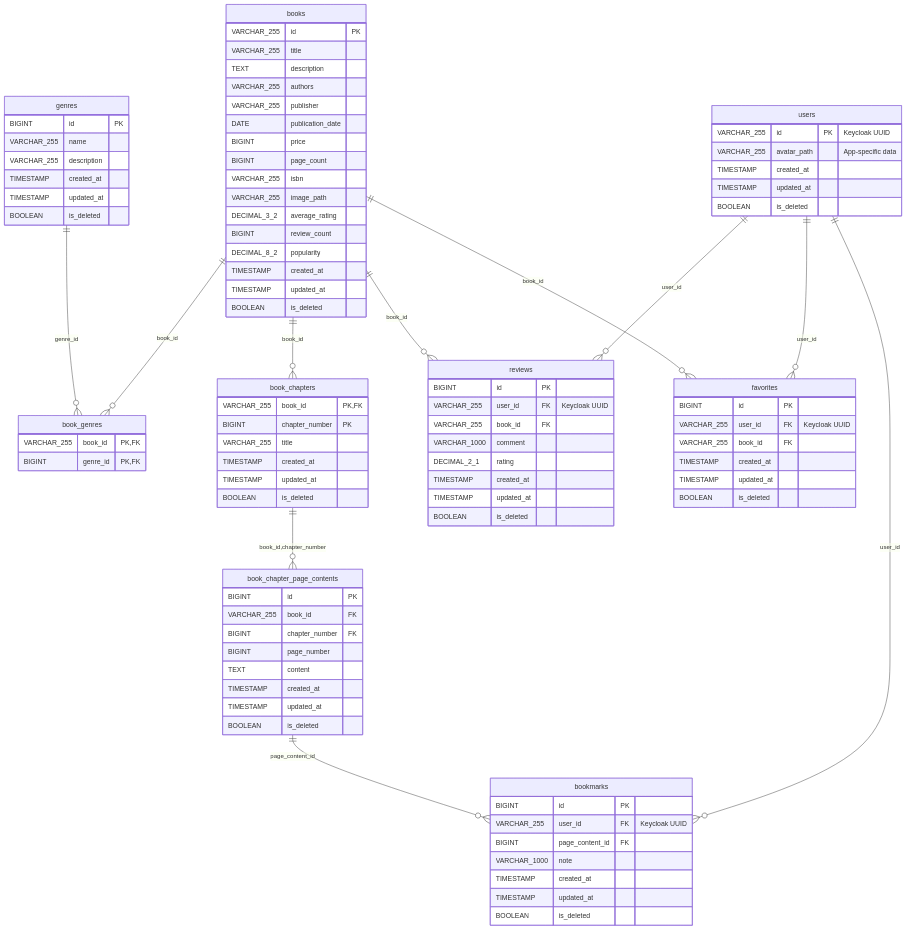
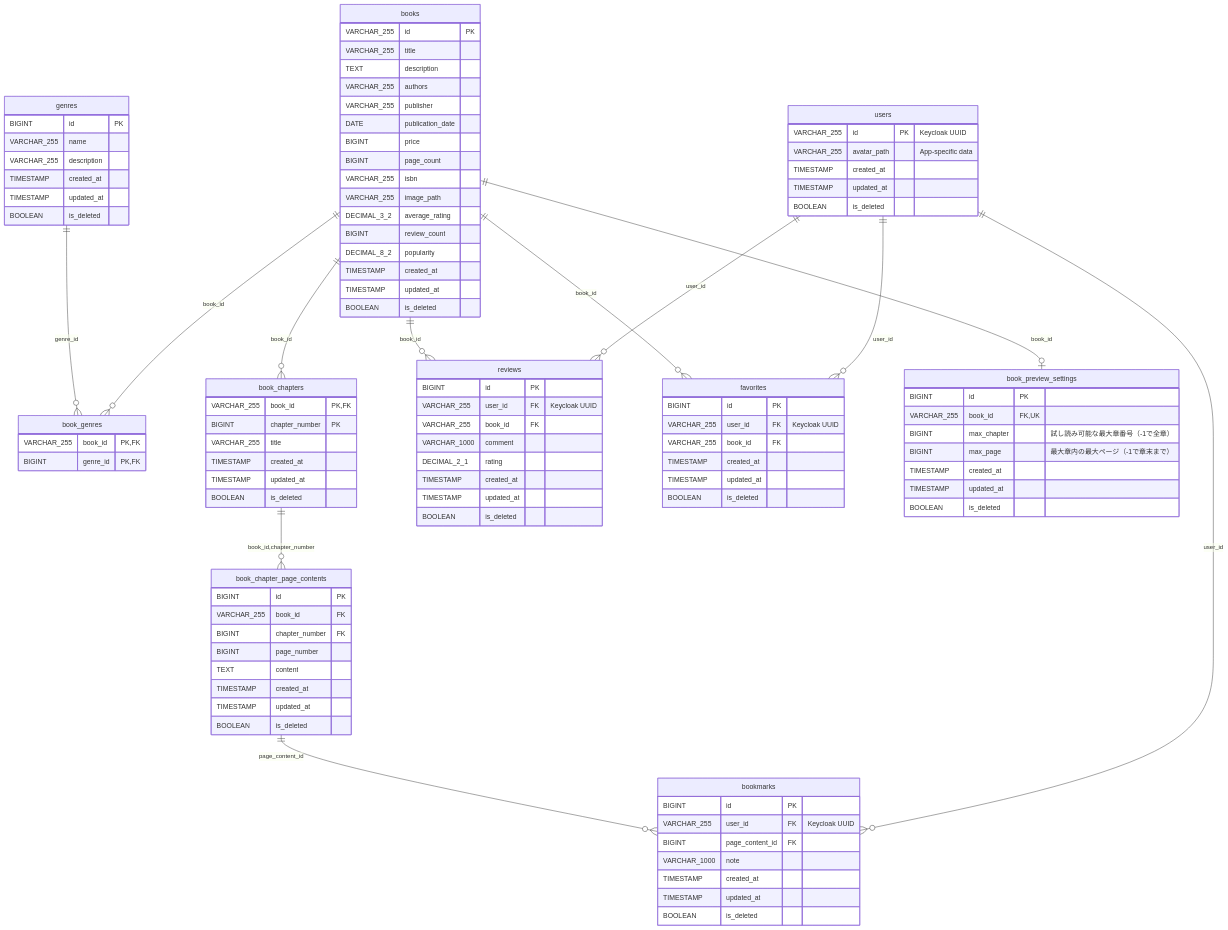
One commit to Ndia-R/vsv-emerald changed the diagram in db/ER図.mmd. Above: the diagram before and after it, drawn with Mermaid. The commit also changed 1 other file, not shown here.

```diff
--- a/db/ER図.mmd
+++ b/db/ER図.mmd
@@ -1,107 +1,120 @@
 erDiagram
     users {
         VARCHAR_255 id PK "Keycloak UUID"
         VARCHAR_255 avatar_path "App-specific data"
         TIMESTAMP created_at
         TIMESTAMP updated_at
         BOOLEAN is_deleted
     }
 
     books {
         VARCHAR_255 id PK
         VARCHAR_255 title
         TEXT description
         VARCHAR_255 authors
         VARCHAR_255 publisher
         DATE publication_date
         BIGINT price
         BIGINT page_count
         VARCHAR_255 isbn
         VARCHAR_255 image_path
         DECIMAL_3_2 average_rating
         BIGINT review_count
         DECIMAL_8_2 popularity
         TIMESTAMP created_at
         TIMESTAMP updated_at
         BOOLEAN is_deleted
     }
 
     genres {
         BIGINT id PK
         VARCHAR_255 name
         VARCHAR_255 description
         TIMESTAMP created_at
         TIMESTAMP updated_at
         BOOLEAN is_deleted
     }
 
     book_genres {
         VARCHAR_255 book_id PK,FK
         BIGINT genre_id PK,FK
     }
 
     book_chapters {
         VARCHAR_255 book_id PK,FK
         BIGINT chapter_number PK
         VARCHAR_255 title
         TIMESTAMP created_at
         TIMESTAMP updated_at
         BOOLEAN is_deleted
     }
 
     book_chapter_page_contents {
         BIGINT id PK
         VARCHAR_255 book_id FK
         BIGINT chapter_number FK
         BIGINT page_number
         TEXT content
         TIMESTAMP created_at
         TIMESTAMP updated_at
         BOOLEAN is_deleted
     }
 
     reviews {
         BIGINT id PK
         VARCHAR_255 user_id FK "Keycloak UUID"
         VARCHAR_255 book_id FK
         VARCHAR_1000 comment
         DECIMAL_2_1 rating
         TIMESTAMP created_at
         TIMESTAMP updated_at
         BOOLEAN is_deleted
     }
 
     favorites {
         BIGINT id PK
         VARCHAR_255 user_id FK "Keycloak UUID"
         VARCHAR_255 book_id FK
         TIMESTAMP created_at
         TIMESTAMP updated_at
         BOOLEAN is_deleted
     }
 
     bookmarks {
         BIGINT id PK
         VARCHAR_255 user_id FK "Keycloak UUID"
         BIGINT page_content_id FK
         VARCHAR_1000 note
         TIMESTAMP created_at
         TIMESTAMP updated_at
         BOOLEAN is_deleted
     }
 
+    book_preview_settings {
+        BIGINT id PK
+        VARCHAR_255 book_id FK,UK
+        BIGINT max_chapter "試し読み可能な最大章番号（-1で全章）"
+        BIGINT max_page "最大章内の最大ページ（-1で章末まで）"
+
+        TIMESTAMP created_at
+        TIMESTAMP updated_at
+        BOOLEAN is_deleted
+    }
+
     %% リレーションシップ定義
     books ||--o{ book_genres : "book_id"
     genres ||--o{ book_genres : "genre_id"
 
     books ||--o{ book_chapters : "book_id"
     book_chapters ||--o{ book_chapter_page_contents : "book_id,chapter_number"
 
     users ||--o{ reviews : "user_id"
     books ||--o{ reviews : "book_id"
 
     users ||--o{ favorites : "user_id"
     books ||--o{ favorites : "book_id"
 
     users ||--o{ bookmarks : "user_id"
     book_chapter_page_contents ||--o{ bookmarks : "page_content_id"
+
+    books ||--o| book_preview_settings : "book_id"
```
